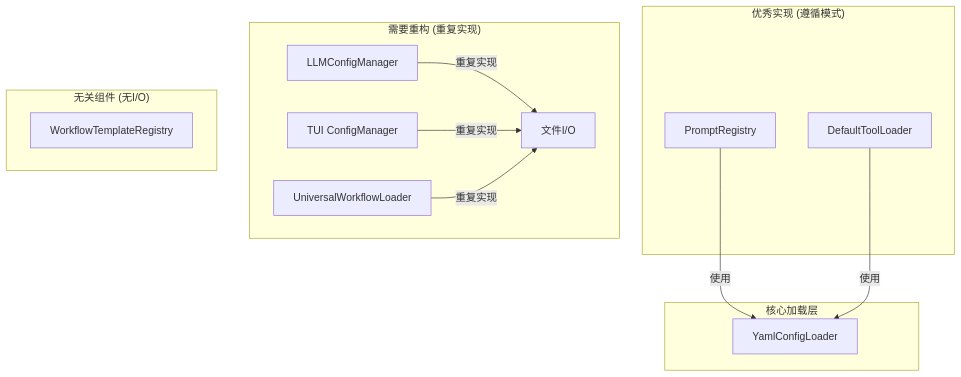
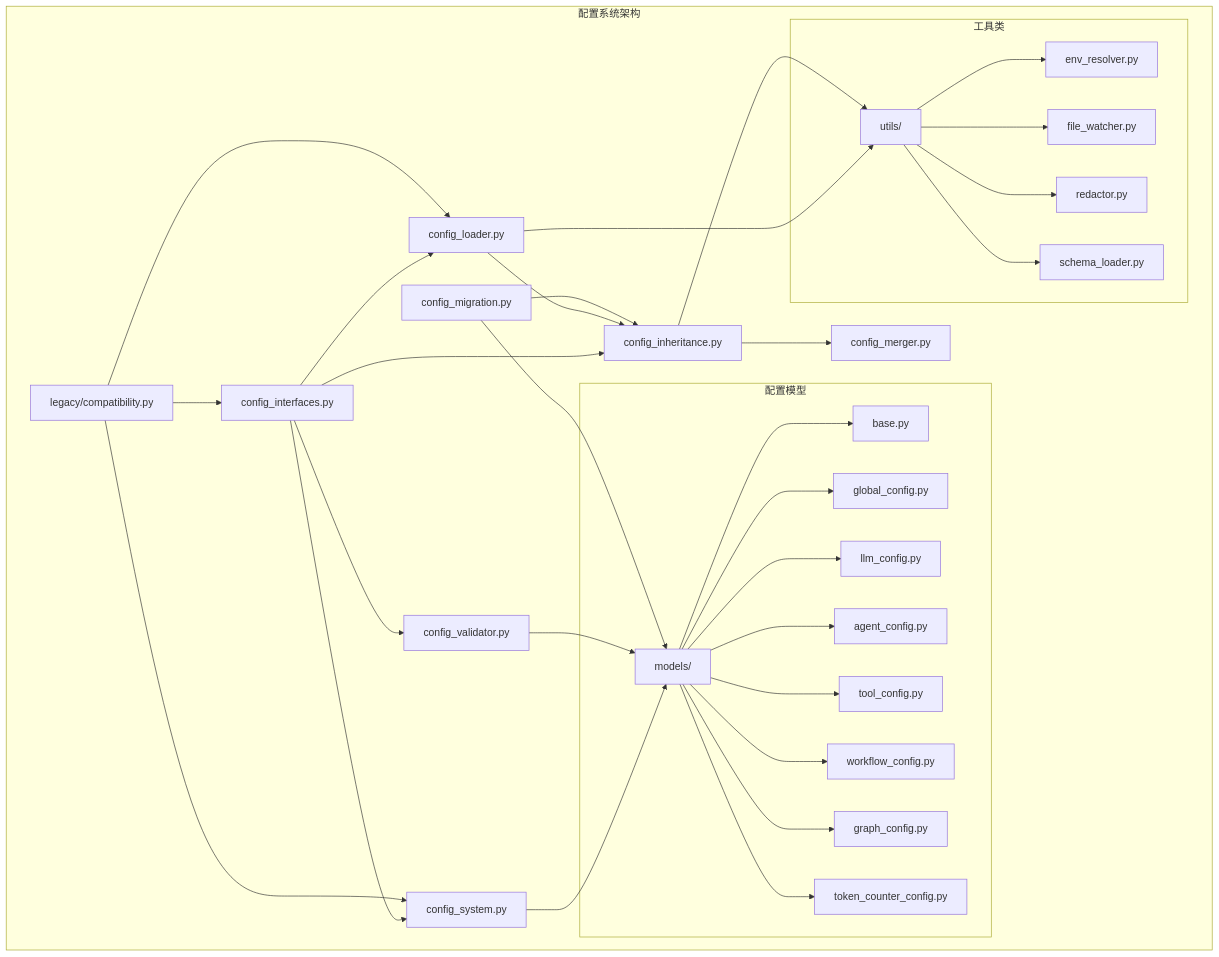
One commit to kkkqkx123/open-agent changed the diagram in docs/config/refactor.md. Above: the diagram before and after it, drawn with Mermaid. The commit also changed other lines of this file and 85 other files, not shown here.

````diff
--- a/docs/config/refactor.md
+++ b/docs/config/refactor.md
@@ -31,21 +149,42 @@
 ```mermaid
-graph TD
-    subgraph "核心加载层"
-        A[YamlConfigLoader]
-    end
-
-    subgraph "优秀实现 (遵循模式)"
-        B[PromptRegistry] -- "使用" --> A
-        C[DefaultToolLoader] -- "使用" --> A
-    end
-
-    subgraph "需要重构 (重复实现)"
-        D[LLMConfigManager] -- "重复实现" --> E[文件I/O]
-        F[TUI ConfigManager] -- "重复实现" --> E
-        G[UniversalWorkflowLoader] -- "重复实现" --> E
-    end
-
-    subgraph "无关组件 (无I/O)"
-        H[WorkflowTemplateRegistry]
+graph TB
+    subgraph "配置系统架构"
+        A[config_interfaces.py] --> B[config_system.py]
+        A --> C[config_loader.py]
+        A --> D[config_inheritance.py]
+        A --> E[config_validator.py]
+        
+        B --> F[models/]
+        C --> D
+        D --> G[config_merger.py]
+        E --> F
+        
+        H[config_migration.py] --> F
+        H --> D
+        
+        I[legacy/compatibility.py] --> A
+        I --> B
+        I --> C
+        
+        subgraph "配置模型"
+            F --> J[base.py]
+            F --> K[global_config.py]
+            F --> L[llm_config.py]
+            F --> M[agent_config.py]
+            F --> N[tool_config.py]
+            F --> O[workflow_config.py]
+            F --> P[graph_config.py]
+            F --> Q[token_counter_config.py]
+        end
+        
+        subgraph "工具类"
+            R[utils/] --> S[env_resolver.py]
+            R --> T[file_watcher.py]
+            R --> U[redactor.py]
+            R --> V[schema_loader.py]
+        end
+        
+        C --> R
+        D --> R
     end
 ```
````
